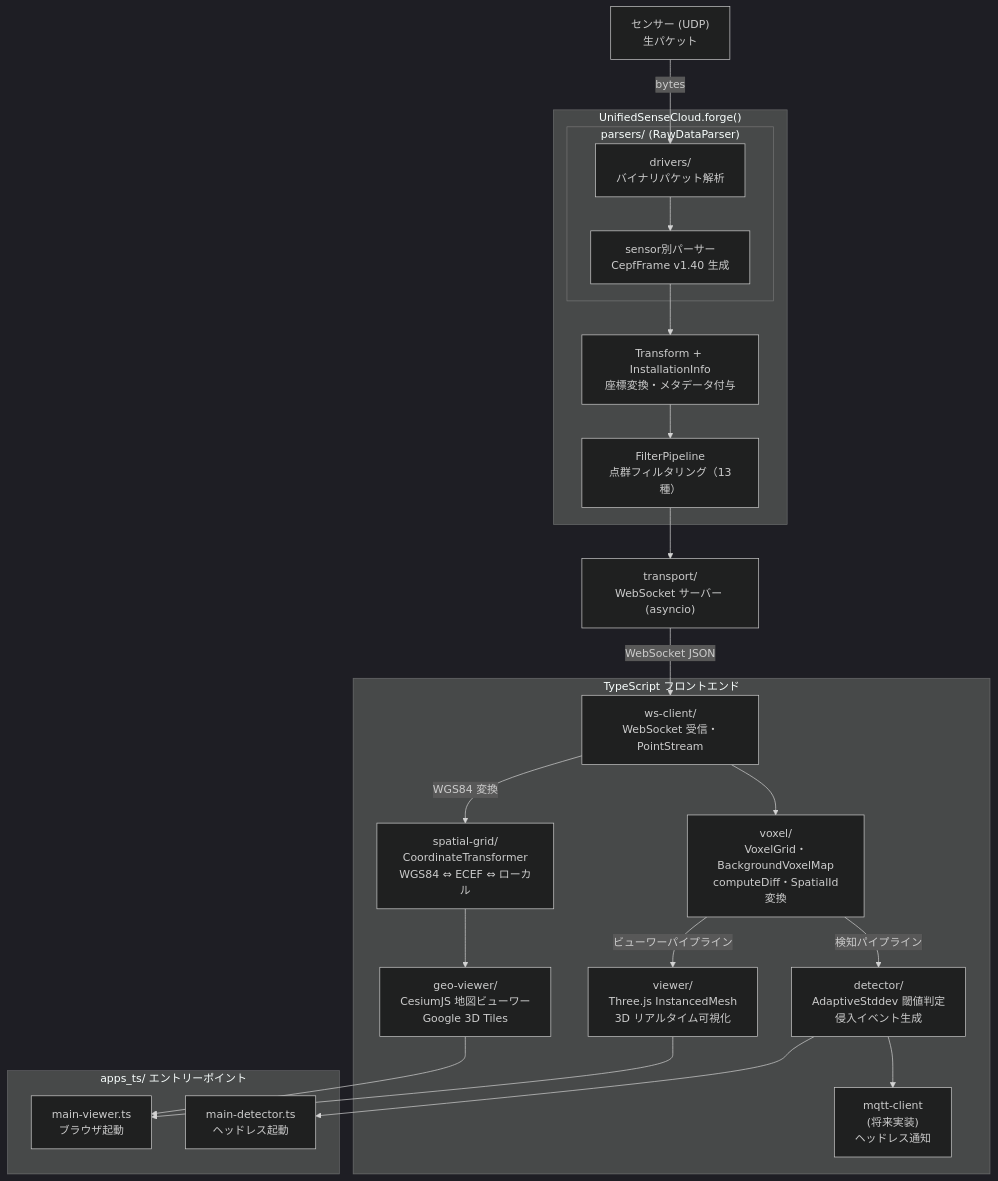
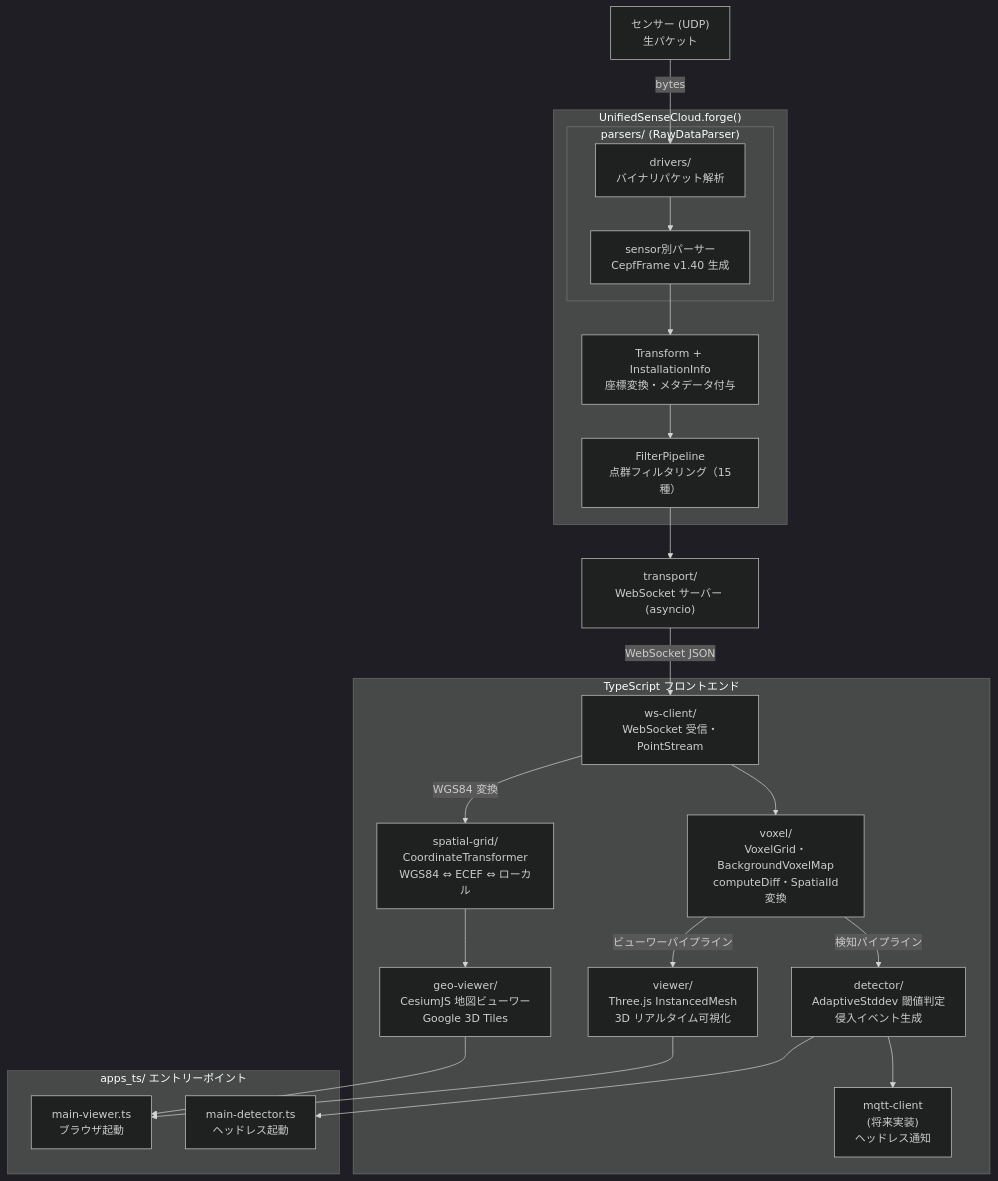
Before and after one commit to JPD-studio/sass: the first of 10 diagrams in docs/readme.md, drawn with Mermaid (dark theme). The commit also changed other lines of this file and 31 other files, not shown here.

````diff
--- a/docs/readme.md
+++ b/docs/readme.md
@@ -415,45 +557,45 @@
 ```mermaid
 flowchart TD
   A["センサー (UDP)<br>生パケット"]
   
   subgraph USC["UnifiedSenseCloud.forge()"]
     subgraph Parsers["parsers/ (RawDataParser)"]
       B["drivers/<br>バイナリパケット解析"]
       C["sensor別パーサー<br>CepfFrame v1.40 生成"]
     end
     D["Transform + InstallationInfo<br>座標変換・メタデータ付与"]
-    E["FilterPipeline<br>点群フィルタリング（13種）"]
+    E["FilterPipeline<br>点群フィルタリング（15種）"]
   end
   
   F["transport/<br>WebSocket サーバー (asyncio)"]
   
   A -->|bytes| B
   B --> C
   C --> D
   D --> E
   E --> F
   
   F -->|WebSocket JSON| G
 
   subgraph TS["TypeScript フロントエンド"]
     G["ws-client/<br>WebSocket 受信・PointStream"]
     H["voxel/<br>VoxelGrid・BackgroundVoxelMap<br>computeDiff・SpatialId変換"]
     G --> H
 
     H -->|ビューワーパイプライン| I["viewer/<br>Three.js InstancedMesh<br>3D リアルタイム可視化"]
     H -->|検知パイプライン| J["detector/<br>AdaptiveStddev 閾値判定<br>侵入イベント生成"]
     J --> K["mqtt-client<br>(将来実装)<br>ヘッドレス通知"]
 
     G -->|WGS84 変換| N["spatial-grid/<br>CoordinateTransformer<br>WGS84 ⇔ ECEF ⇔ ローカル"]
     N --> O["geo-viewer/<br>CesiumJS 地図ビューワー<br>Google 3D Tiles"]
   end
 
   subgraph Apps["apps_ts/ エントリーポイント"]
     L["main-viewer.ts<br>ブラウザ起動"]
     M["main-detector.ts<br>ヘッドレス起動"]
   end
 
   I --> L
   O --> L
   J --> M
 ```
````
